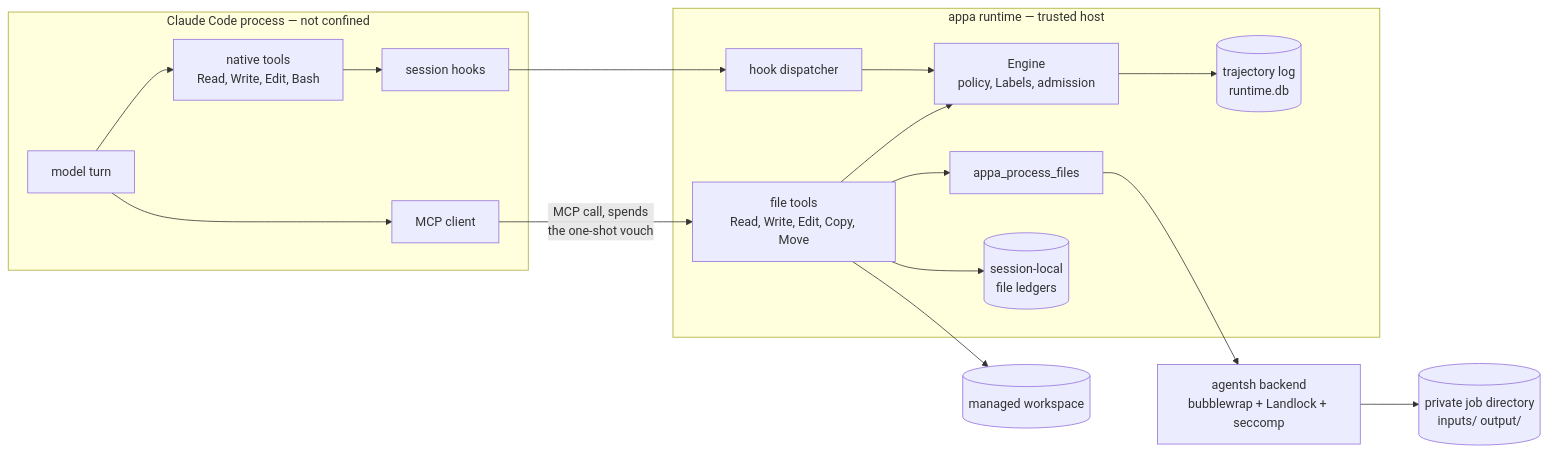
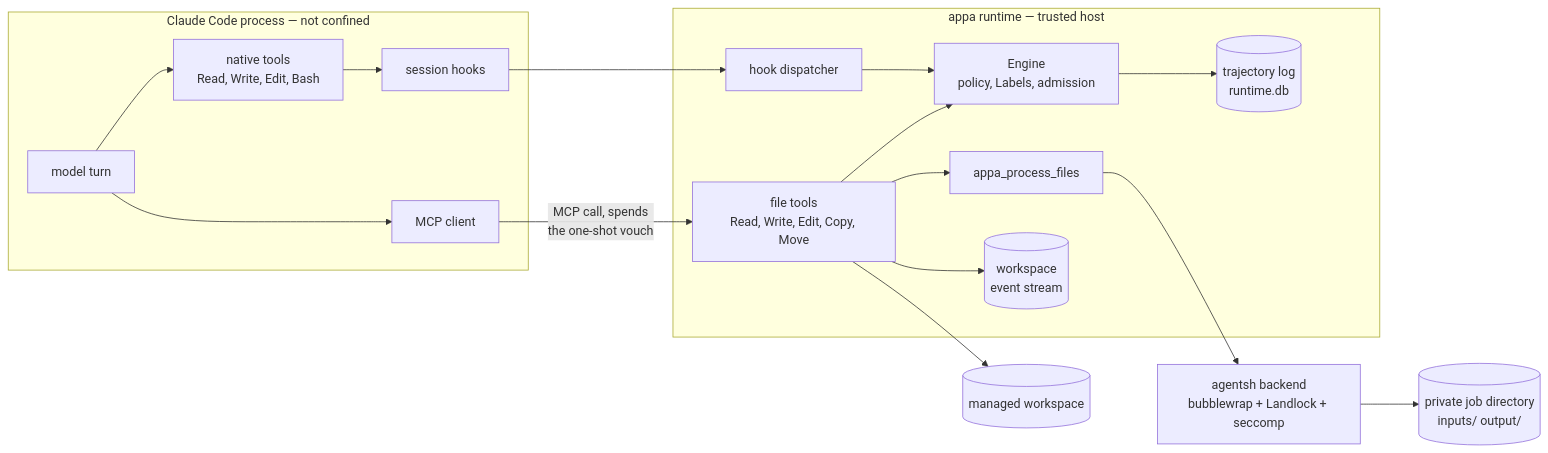
The first of 4 diagrams in appa-runtime/FILE-MEDIATION.md (archestra-ai/OpenAPPA), drawn with Mermaid before and after one commit. The commit also changed other lines of this file and 10 other files, not shown here.

````diff
--- a/appa-runtime/FILE-MEDIATION.md
+++ b/appa-runtime/FILE-MEDIATION.md
@@ -53,36 +53,36 @@
 ```mermaid
 flowchart LR
     subgraph cc["Claude Code process — not confined"]
         model["model turn"]
         native["native tools<br/>Read, Write, Edit, Bash"]
         hooks["session hooks"]
         client["MCP client"]
     end
 
     subgraph rt["appa runtime — trusted host"]
         dispatcher["hook dispatcher"]
         engine["Engine<br/>policy, Labels, admission"]
         tools["file tools<br/>Read, Write, Edit, Copy, Move"]
         process["appa_process_files"]
-        ledger[("session-local<br/>file ledgers")]
+        ledger[("workspace<br/>event stream")]
         log[("trajectory log<br/>runtime.db")]
     end
 
     workspace[("managed workspace")]
     backend["agentsh backend<br/>bubblewrap + Landlock + seccomp"]
     job[("private job directory<br/>inputs/ output/")]
 
     model --> native
     model --> client
     native --> hooks
     hooks --> dispatcher
     dispatcher --> engine
     client -->|"MCP call, spends<br/>the one-shot vouch"| tools
     tools --> engine
     engine --> log
     tools --> ledger
     tools --> workspace
     tools --> process
     process --> backend
     backend --> job
 ```
````
